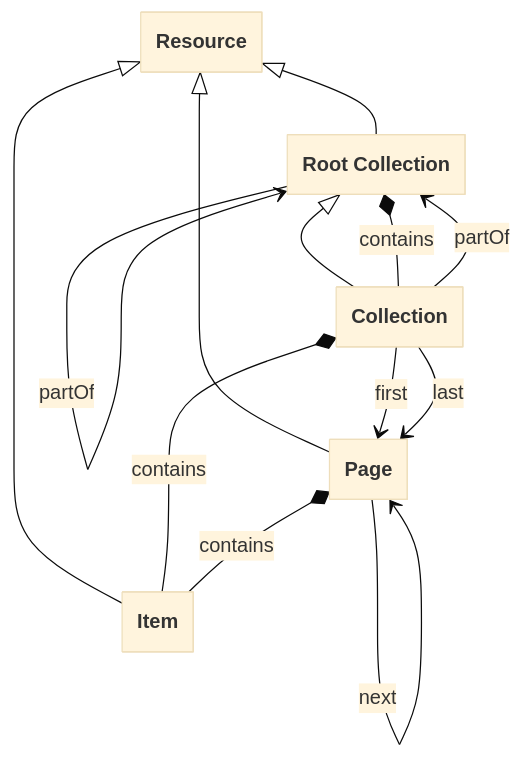
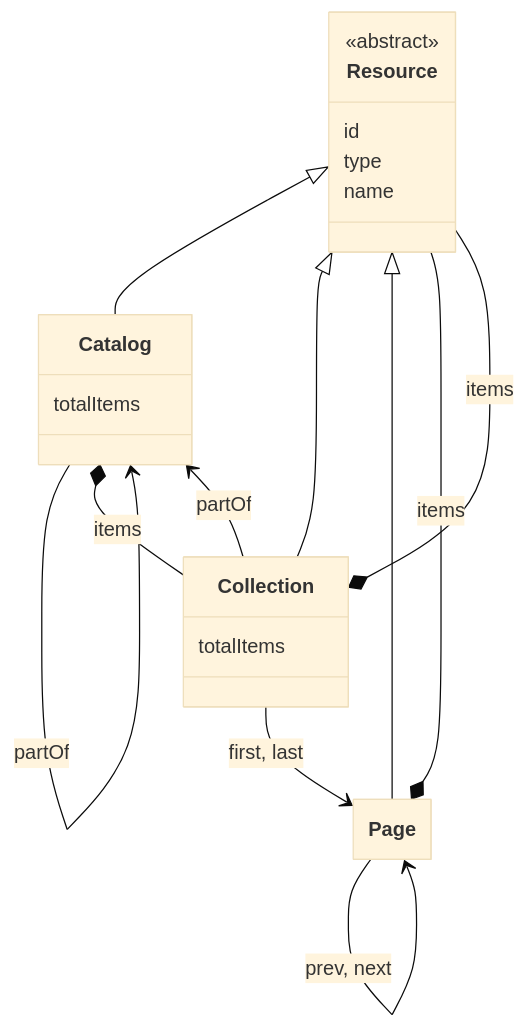
Before and after one commit to netwerk-digitaal-erfgoed/netwerk-digitaal-erfgoed.github.io: the diagram in docs/requirements/data-layer-api/rest/resources.md, drawn with Mermaid (base theme). The commit also changed other lines of this file and 5 other files, not shown here.

First line of the commit message:
docs(data-layer-api): replace ER diagrams with class diagrams; replace (#175)

````diff
--- a/docs/requirements/data-layer-api/rest/resources.md
+++ b/docs/requirements/data-layer-api/rest/resources.md
@@ -34,29 +27,38 @@
 ```mermaid
 ---
   config:
     class:
       hideEmptyMembersBox: true
 ---
 classDiagram
-class Resource
-class RootCollection["Root Collection"]
-class Collection
+
+class Resource {
+  <<abstract>>
+  id
+  type
+  name
+}
+
+class Catalog {
+  totalItems
+}
+
+class Collection {
+  totalItems
+}
+
 class Page
-class Item
 
-Resource <|-- RootCollection
-RootCollection <|-- Collection
+Resource <|-- Catalog
+Resource <|-- Collection
 Resource <|-- Page
-Resource <|-- Item
 
-RootCollection *-- RootCollection : contains
-RootCollection *-- Collection : contains
-RootCollection --> RootCollection : partOf
-Collection --> RootCollection : partOf
-Collection --> Page : first
-Collection --> Page : last
-Collection *-- Item : contains
-Page --> Page : prev
-Page --> Page : next
-Page *-- Item : contains
+Catalog *-- Catalog : items
+Catalog --> Catalog : partOf
+Catalog *-- Collection : items
+Collection --> Catalog : partOf
+Collection --> Page : first, last
+Collection *-- Resource : items
+Page --> Page : prev, next
+Page *-- Resource : items
 ```
````
